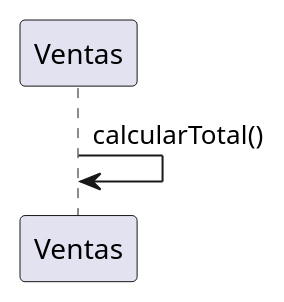
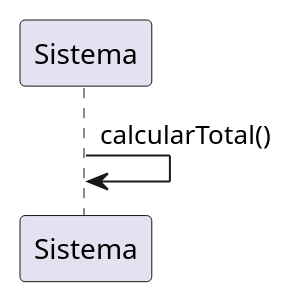
Before and after one commit to sandobaitt/TpDiseno: the fifth of 12 diagrams in tpi2/apunte.md, drawn with PlantUML. The commit also changed other lines of this file and 22 other files, not shown here.

````diff
--- a/tpi2/apunte.md
+++ b/tpi2/apunte.md
@@ -316,3 +265,3 @@
 ```plantuml
-Ventas -> Ventas: calcularTotal()
+Sistema -> Sistema: calcularTotal()
 ```
````
